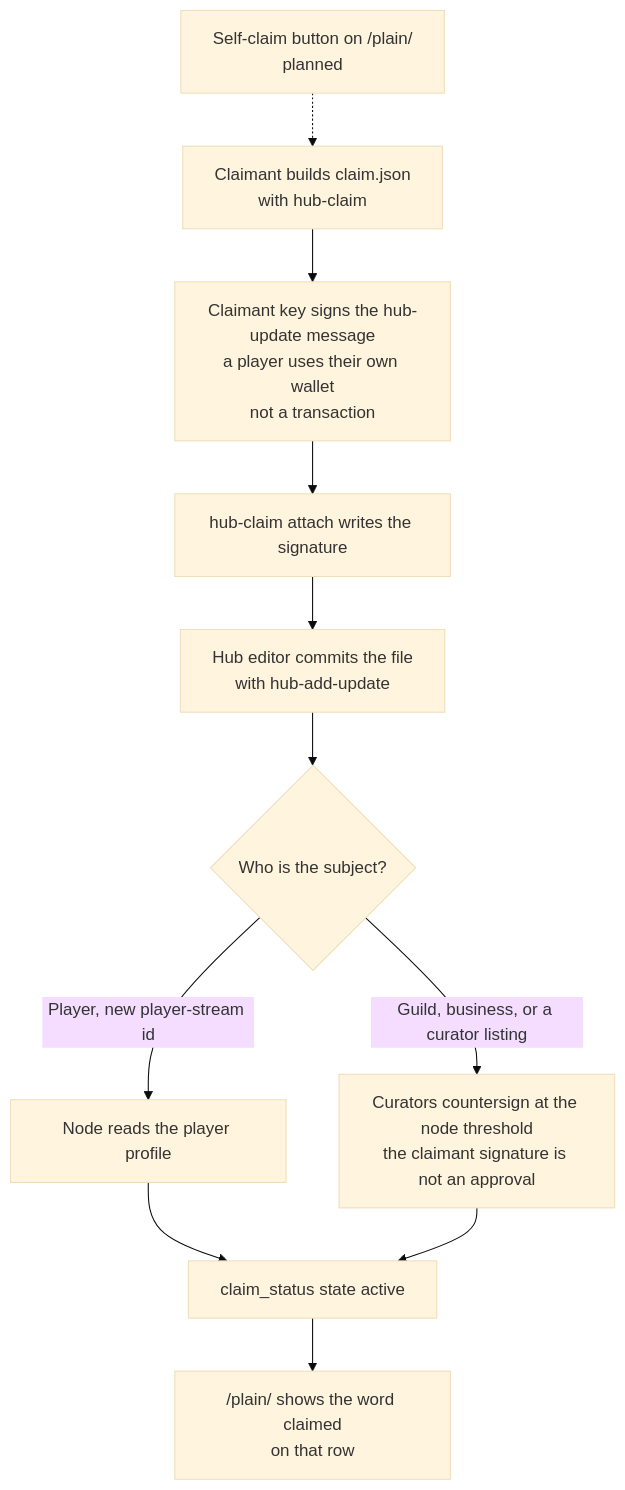
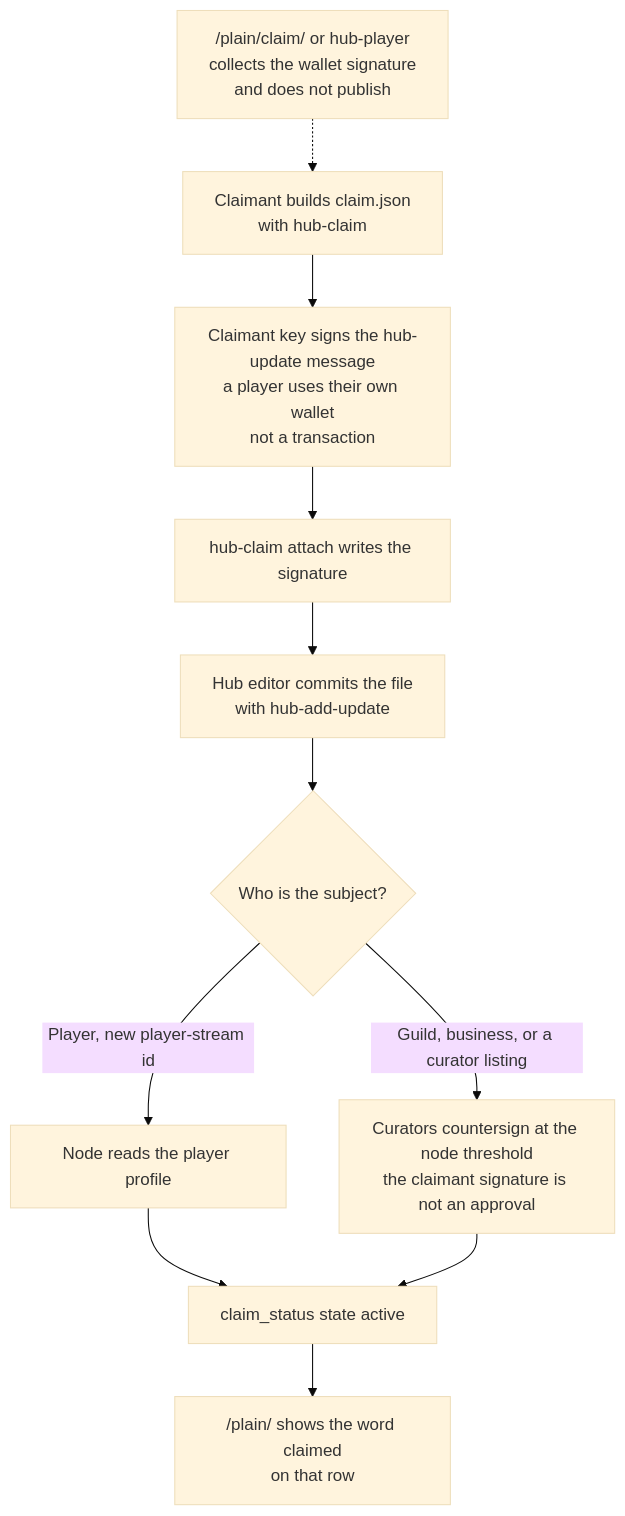
The diagram in docs/claim-and-verify.md (PhoenixClaw01/sa-ecosystem-node), drawn with Mermaid (base theme) before and after one commit. The commit also changed other lines of this file and 19 other files, not shown here.

First line of the commit message:
Player Discord claim: sign locally, do not publish (#11)

````diff
--- a/docs/claim-and-verify.md
+++ b/docs/claim-and-verify.md
@@ -108,13 +110,13 @@
 ```mermaid
 flowchart TD
   A[Claimant builds claim.json<br/>with hub-claim] --> B[Claimant key signs the hub-update message<br/>a player uses their own wallet<br/>not a transaction]
   B --> C[hub-claim attach writes the signature]
   C --> D[Hub editor commits the file<br/>with hub-add-update]
   D --> E{"Who is the subject?"}
   E -->|Player, new player-stream id| F[Node reads the player profile]
   E -->|Guild, business, or a curator listing| G[Curators countersign at the node threshold<br/>the claimant signature is not an approval]
   F --> H[claim_status state active]
   G --> H
   H --> I["/plain/ shows the word claimed<br/>on that row"]
-  J[Self-claim button on /plain/<br/>planned] -.-> A
+  K["/plain/claim/ or hub-player<br/>collects the wallet signature<br/>and does not publish"] -.-> A
 ```
````
